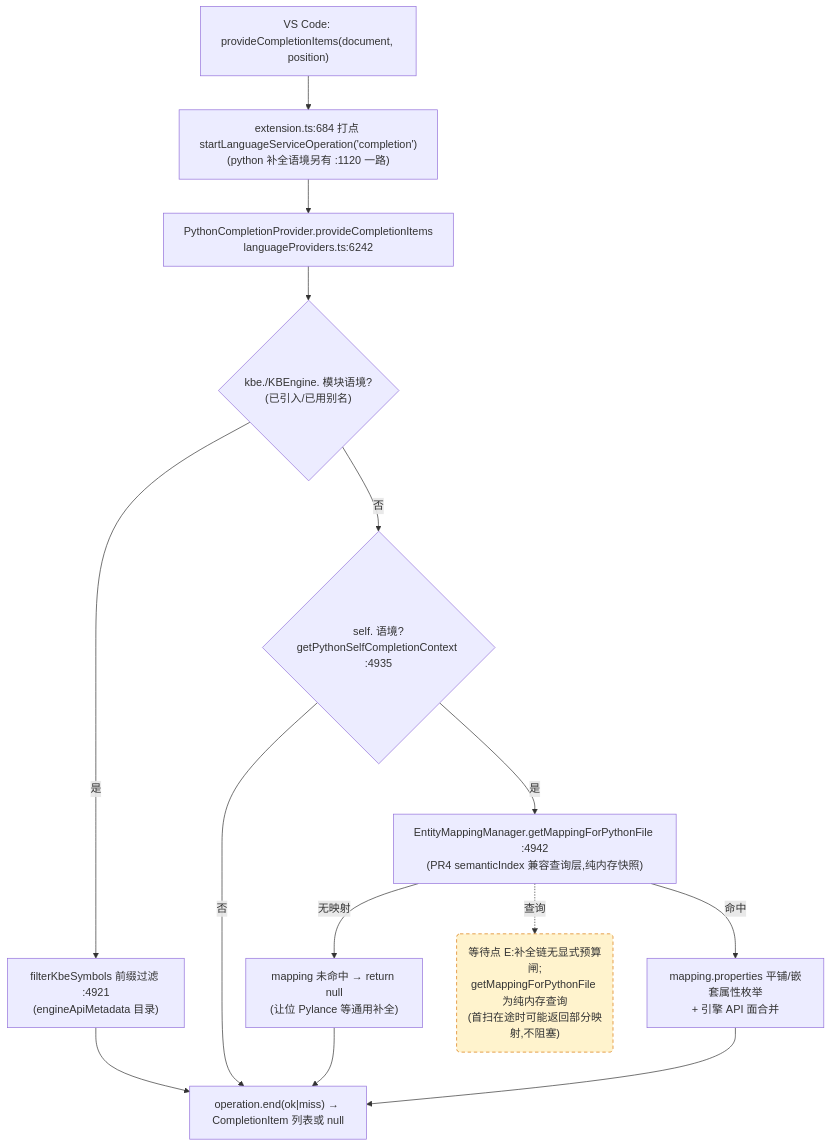
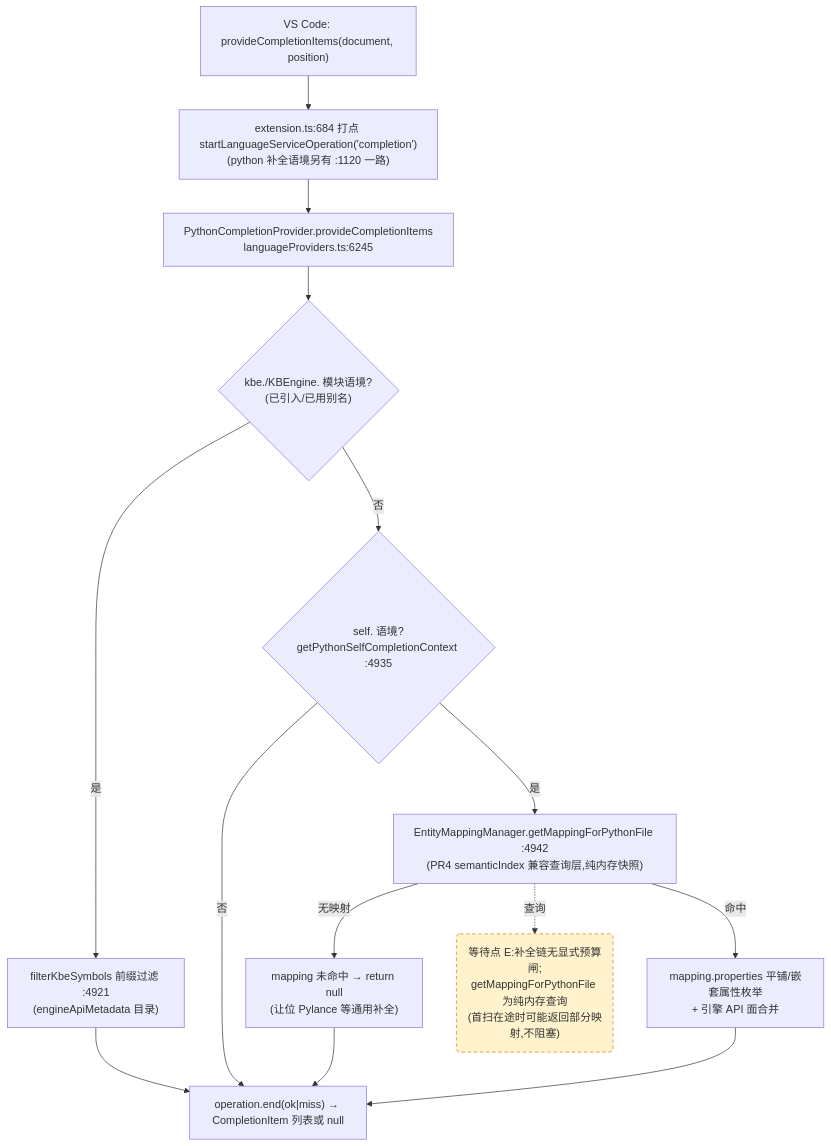
Before and after one commit to cuihairu/kode: the third of 4 diagrams in docs/perf/2026-baseline.md, drawn with Mermaid. The commit also changed other lines of this file and 4 other files, not shown here.

````diff
--- a/docs/perf/2026-baseline.md
+++ b/docs/perf/2026-baseline.md
@@ -184,27 +184,27 @@
 ```mermaid
 flowchart TD
   VC3["VS Code: provideCompletionItems(document, position)"]
   M3["extension.ts:684 打点 startLanguageServiceOperation('completion')<br/>(python 补全语境另有 :1120 一路)"]
-  CP["PythonCompletionProvider.provideCompletionItems<br/>languageProviders.ts:6242"]
+  CP["PythonCompletionProvider.provideCompletionItems<br/>languageProviders.ts:6245"]
   KBEC{"kbe./KBEngine. 模块语境?<br/>(已引入/已用别名)"}
   FILTER["filterKbeSymbols 前缀过滤 :4921<br/>(engineApiMetadata 目录)"]
   SELFC{"self. 语境?<br/>getPythonSelfCompletionContext :4935"}
   MAP["EntityMappingManager.getMappingForPythonFile :4942<br/>(PR4 semanticIndex 兼容查询层,纯内存快照)"]
   NOMAP["mapping 未命中 → return null<br/>(让位 Pylance 等通用补全)"]
   PROPS["mapping.properties 平铺/嵌套属性枚举<br/>+ 引擎 API 面合并"]
   END3["operation.end(ok|miss) → CompletionItem 列表或 null"]
 
   VC3 --> M3 --> CP --> KBEC
   KBEC -- "是" --> FILTER --> END3
   KBEC -- "否" --> SELFC
   SELFC -- "否" --> END3
   SELFC -- "是" --> MAP
   MAP -- "无映射" --> NOMAP --> END3
   MAP -- "命中" --> PROPS --> END3
 
   WAITE("等待点 E:补全链无显式预算闸;<br/>getMappingForPythonFile 为纯内存查询<br/>(首扫在途时可能返回部分映射,不阻塞)")
   MAP -.->|查询| WAITE
 
   classDef waitPoint fill:#fff3cd,stroke:#d97706,stroke-dasharray:5 4;
   class WAITE waitPoint;
 ```
````
